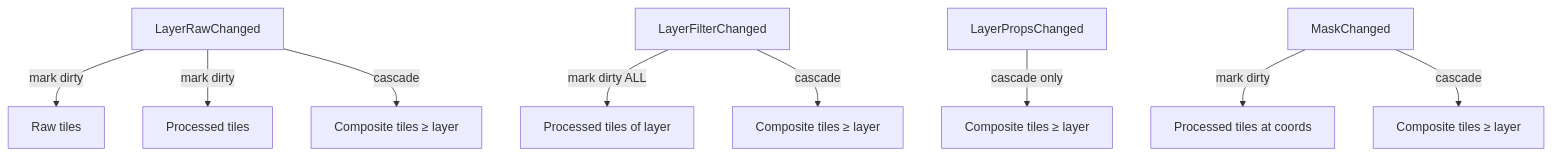
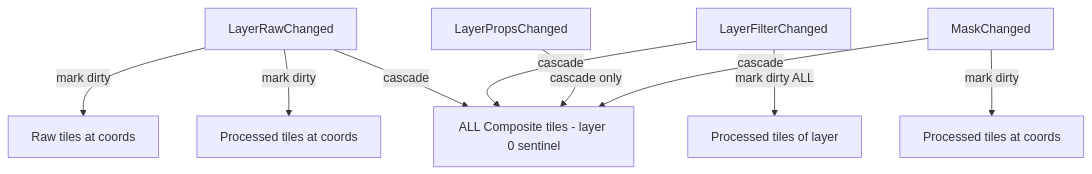
The tenth of 10 diagrams in ARCHITECTURE.md (edrdavid1/dith-yuki), drawn with Mermaid before and after one commit. The commit also changed other lines of this file and 35 other files, not shown here.

````diff
--- a/ARCHITECTURE.md
+++ b/ARCHITECTURE.md
@@ -1237,14 +1464,14 @@
 ```mermaid
 graph TD
-    A[LayerRawChanged] -->|mark dirty| B[Raw tiles]
-    A -->|mark dirty| C[Processed tiles]
-    A -->|cascade| D[Composite tiles ≥ layer]
+    A[LayerRawChanged] -->|mark dirty| B[Raw tiles at coords]
+    A -->|mark dirty| C[Processed tiles at coords]
+    A -->|cascade| D[ALL Composite tiles - layer 0 sentinel]
 
     E[LayerFilterChanged] -->|mark dirty ALL| F[Processed tiles of layer]
-    E -->|cascade| G[Composite tiles ≥ layer]
+    E -->|cascade| D
 
-    H[LayerPropsChanged] -->|cascade only| I[Composite tiles ≥ layer]
+    H[LayerPropsChanged] -->|cascade only| D
 
     J[MaskChanged] -->|mark dirty| K[Processed tiles at coords]
-    J -->|cascade| L[Composite tiles ≥ layer]
+    J -->|cascade| D
 ```
````
